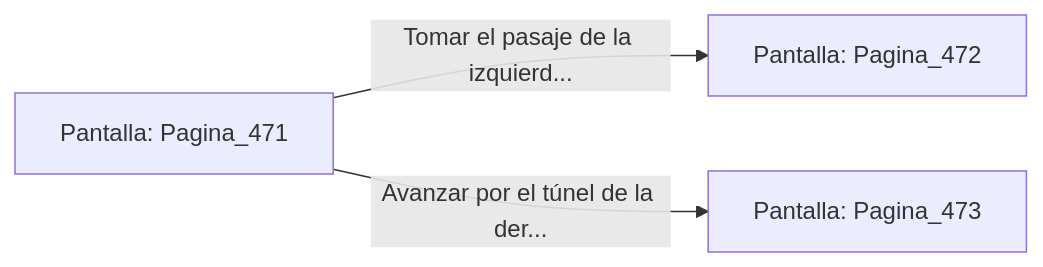
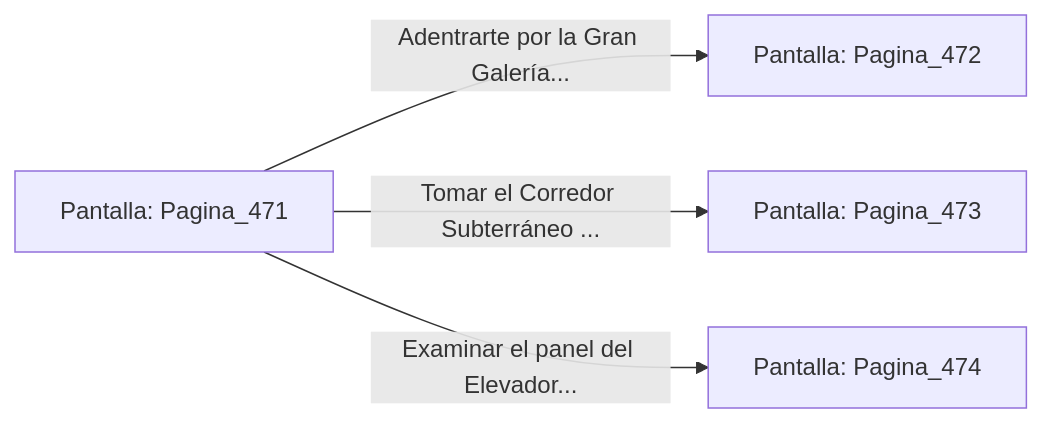
The diagram in sample/eligejuego-vault/Pantalla_Pagina_471.md (metsuke/mpl), drawn with Mermaid before and after one commit. The commit also changed other lines of this file and 635 other files, not shown here.

First line of the commit message:
fix: añadir Pagina_1 como pantalla inicial en capitulo_01.mpl

````diff
--- a/sample/eligejuego-vault/Pantalla_Pagina_471.md
+++ b/sample/eligejuego-vault/Pantalla_Pagina_471.md
@@ -20,6 +27,7 @@
 ```mermaid
 graph LR
     P_Pagina_471["Pantalla: Pagina_471"]
-    P_Pagina_471 -->|"Tomar el pasaje de la izquierd..."| P_Pagina_472["Pantalla: Pagina_472"]
-    P_Pagina_471 -->|"Avanzar por el túnel de la der..."| P_Pagina_473["Pantalla: Pagina_473"]
+    P_Pagina_471 -->|"Adentrarte por la Gran Galería..."| P_Pagina_472["Pantalla: Pagina_472"]
+    P_Pagina_471 -->|"Tomar el Corredor Subterráneo ..."| P_Pagina_473["Pantalla: Pagina_473"]
+    P_Pagina_471 -->|"Examinar el panel del Elevador..."| P_Pagina_474["Pantalla: Pagina_474"]
 ```
````
